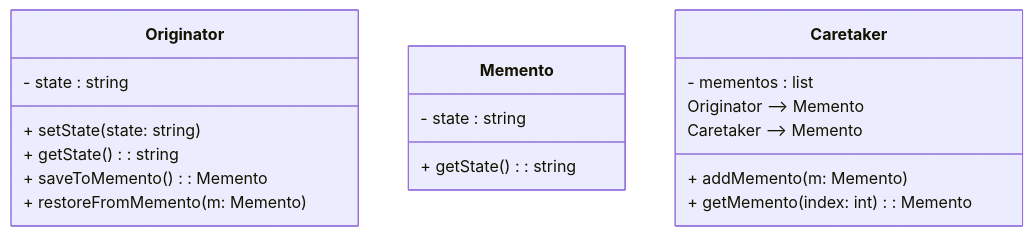
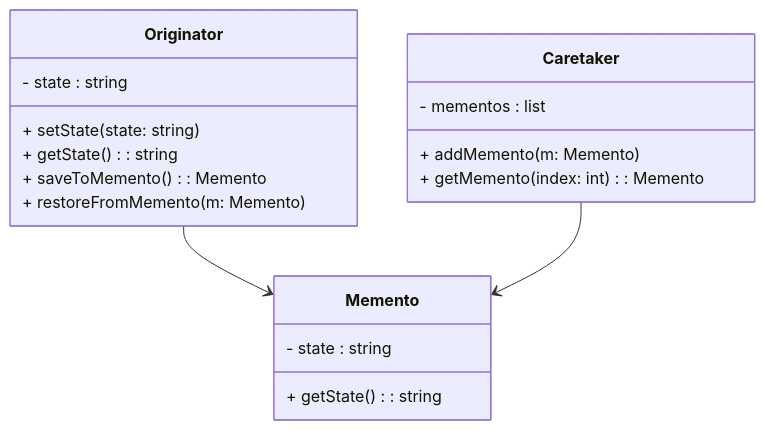
One commit to Raj-G07/System-design-observation changed the diagram in docs/44 . memento-design-pattern.md. Above: the diagram before and after it, drawn with Mermaid. The commit also changed other lines of this file and 3 other files, not shown here.

````diff
--- a/docs/44 . memento-design-pattern.md
+++ b/docs/44 . memento-design-pattern.md
@@ -19,23 +19,23 @@
     ```mermaid
     classDiagram
         class Originator {
             - state : string
             + setState(state: string)
             + getState() : string
             + saveToMemento() : Memento
             + restoreFromMemento(m: Memento)
         }
     
         class Memento {
             - state : string
             + getState() : string
         }
     
         class Caretaker {
             - mementos : list<Memento>
             + addMemento(m: Memento)
             + getMemento(index: int) : Memento
+        }
         Originator --> Memento
         Caretaker --> Memento
-        }
     ```
````
